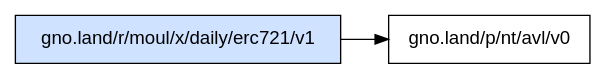
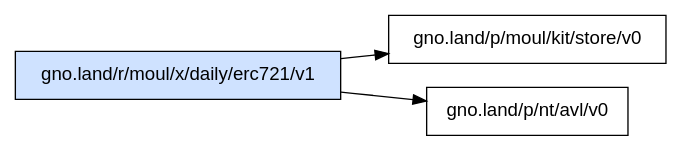
The diagram in _assets/gno.land/r/moul/x/daily/erc721/v1/deps.dot (moul/gno-contracts), drawn with Graphviz before and after one commit. The commit also changed 55 other files, not shown here.

Commit message:
chore: regenerate catalog, graphs and on-chain status [skip ci]

```diff
--- a/_assets/gno.land/r/moul/x/daily/erc721/v1/deps.dot
+++ b/_assets/gno.land/r/moul/x/daily/erc721/v1/deps.dot
@@ -1,6 +1,7 @@
 digraph deps {
   rankdir=LR;
   node [shape=box, fontname="sans-serif"];
   "gno.land/r/moul/x/daily/erc721/v1" [style=filled, fillcolor="#cfe2ff"];
+  "gno.land/r/moul/x/daily/erc721/v1" -> "gno.land/p/moul/kit/store/v0";
   "gno.land/r/moul/x/daily/erc721/v1" -> "gno.land/p/nt/avl/v0";
 }
```
